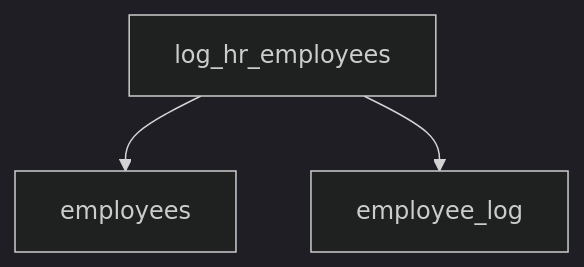
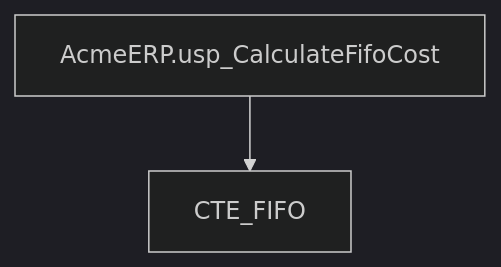
Before and after one commit to 25Jayesh10/Data_Lineage_Analyzer: the first of 3 diagrams in document/procedures.md, drawn with Mermaid (dark theme). The commit also changed other lines of this file and 14 other files, not shown here.

````diff
--- a/document/procedures.md
+++ b/document/procedures.md
@@ -41,5 +44,4 @@
 ```mermaid
 graph TD
-    log_hr_employees --> employees
-    log_hr_employees --> employee_log
+    AcmeERP.usp_CalculateFifoCost --> CTE_FIFO
 ```
````
